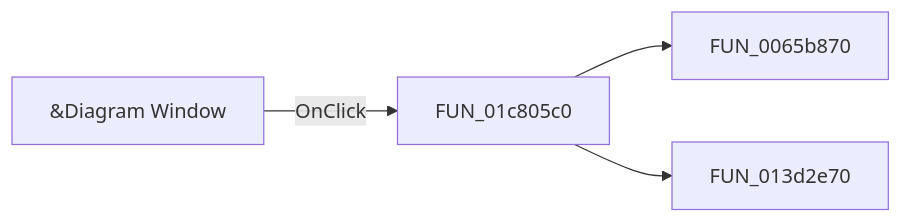
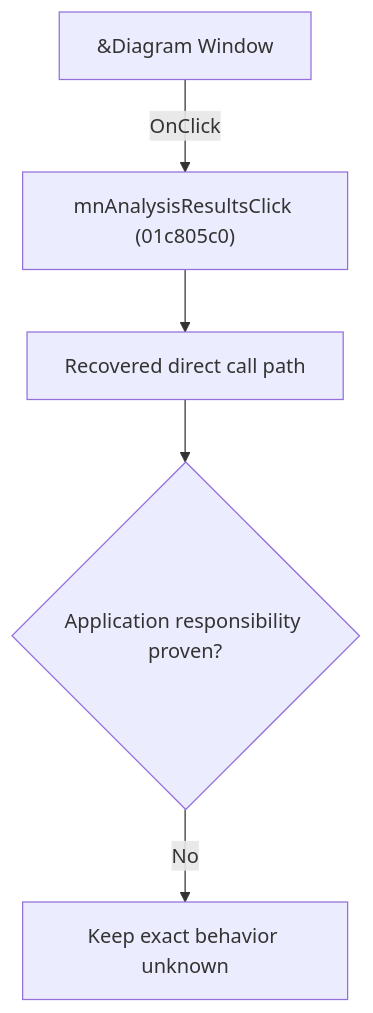
Before and after one commit to MovGP0/TIARA: the diagram in docs/ui-controls/schematiceditor/mnanalysisresults-38934f7cb4.md, drawn with Mermaid. The commit also changed other lines of this file and 1062 other files, not shown here.

````diff
--- a/docs/ui-controls/schematiceditor/mnanalysisresults-38934f7cb4.md
+++ b/docs/ui-controls/schematiceditor/mnanalysisresults-38934f7cb4.md
@@ -27,6 +27,7 @@
 ```mermaid
-flowchart LR
-    control["&Diagram Window"] -->|OnClick| handler["FUN_01c805c0"]
-    handler --> call1["FUN_0065b870"]
-    handler --> call2["FUN_013d2e70"]
+flowchart TD
+    control["&Diagram Window"] -->|"OnClick"| handler["mnAnalysisResultsClick (01c805c0)"]
+    handler --> recovered["Recovered direct call path"]
+    recovered --> gap{"Application responsibility proven?"}
+    gap -->|"No"| blocked["Keep exact behavior unknown"]
 ```
````
